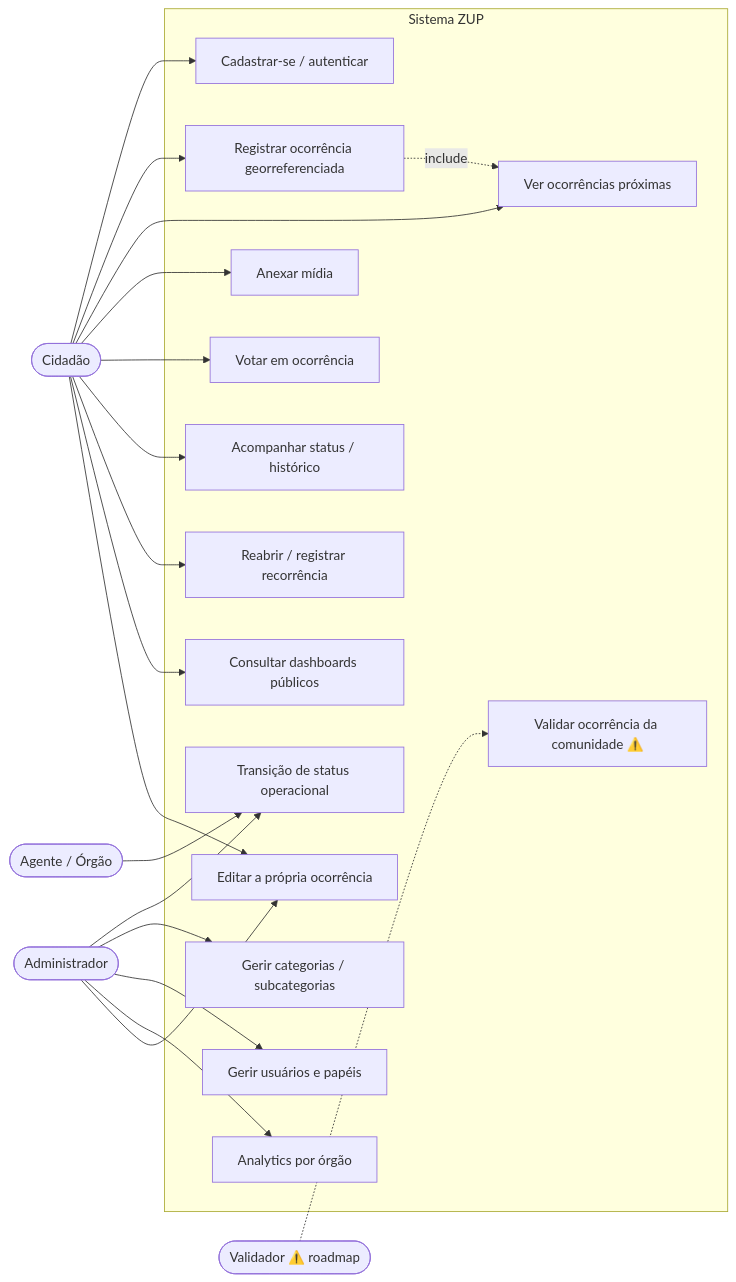
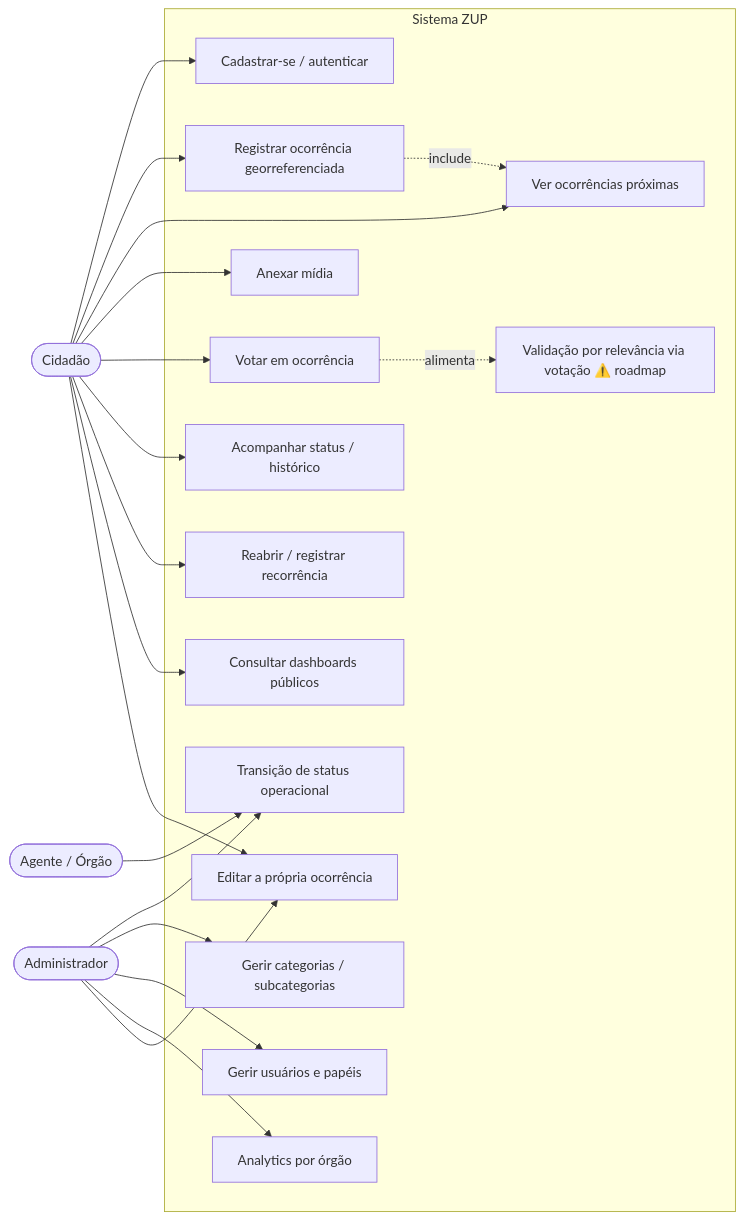
Before and after one commit to Grogww/ProjetoZup: the first of 5 diagrams in docs/08-diagramas.md, drawn with Mermaid. The commit also changed other lines of this file and 8 other files, not shown here.

````diff
--- a/docs/08-diagramas.md
+++ b/docs/08-diagramas.md
@@ -9,32 +9,31 @@
 ```mermaid
 flowchart LR
     Cidadao([Cidadão])
     Agente([Agente / Órgão])
     Admin([Administrador])
-    Validador([Validador ⚠️ roadmap])
 
     subgraph Sistema ZUP
         UC1[Cadastrar-se / autenticar]
         UC2[Registrar ocorrência georreferenciada]
         UC3[Ver ocorrências próximas]
         UC4[Anexar mídia]
         UC5[Votar em ocorrência]
         UC6[Acompanhar status / histórico]
         UC7[Reabrir / registrar recorrência]
         UC8[Consultar dashboards públicos]
         UC9[Editar a própria ocorrência]
         UC10[Transição de status operacional]
         UC11[Gerir categorias / subcategorias]
         UC12[Gerir usuários e papéis]
         UC13[Analytics por órgão]
-        UC14[Validar ocorrência da comunidade ⚠️]
+        UC14[Validação por relevância via votação ⚠️ roadmap]
     end
 
     Cidadao --> UC1 & UC2 & UC3 & UC4 & UC5 & UC6 & UC7 & UC8 & UC9
     Agente --> UC10
     Admin --> UC10 & UC11 & UC12 & UC13
     Admin --> UC9
-    Validador -.-> UC14
+    UC5 -. alimenta .-> UC14
 
     UC2 -. include .-> UC3
 ```
````
